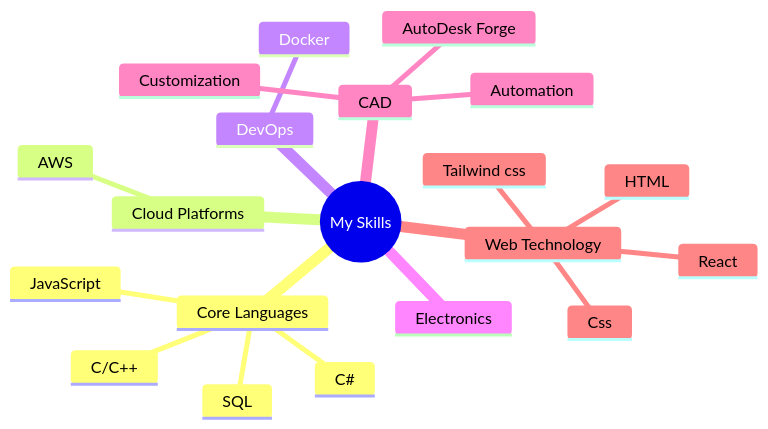
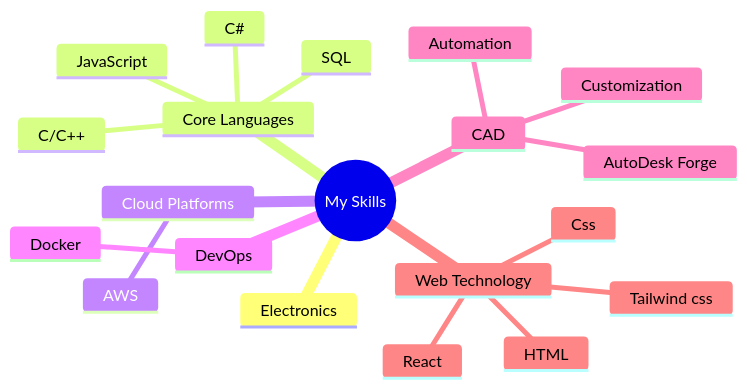
One commit to Ankan5960/Ankan5960 changed the diagram in README.md. Above: the diagram before and after it, drawn with Mermaid. The commit also changed other lines of this file, not shown here.

````diff
--- a/README.md
+++ b/README.md
@@ -30,23 +30,23 @@
 ```mermaid
 mindmap
   root((My Skills))
+    Electronics
     Core Languages
       C/C++
       JavaScript
       C#
       SQL
     Cloud Platforms
       AWS
     DevOps
       Docker
-    Electronics
     CAD
       Customization
       Automation
       AutoDesk Forge
     Web Technology
       React
       HTML
       Css
       Tailwind css
 ```
````
